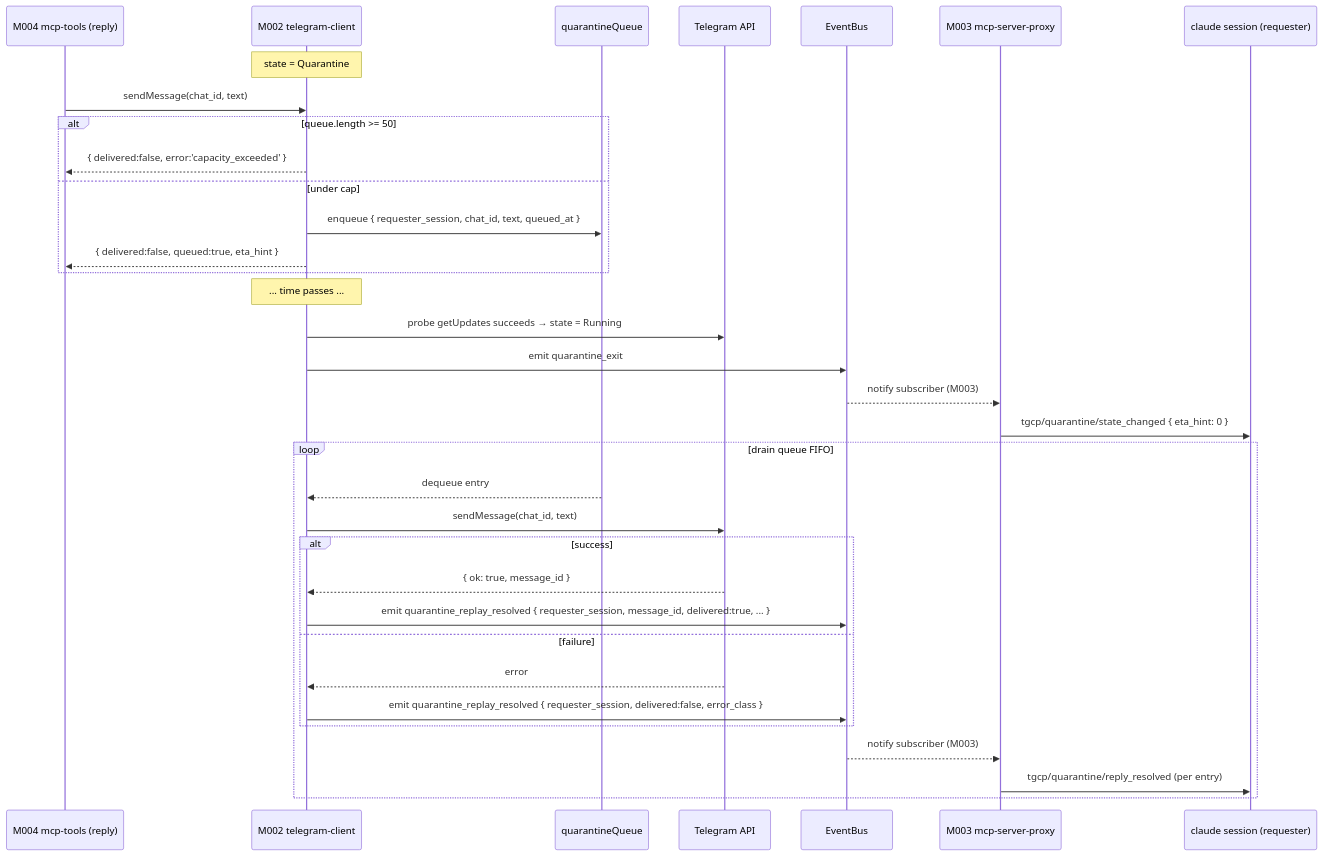
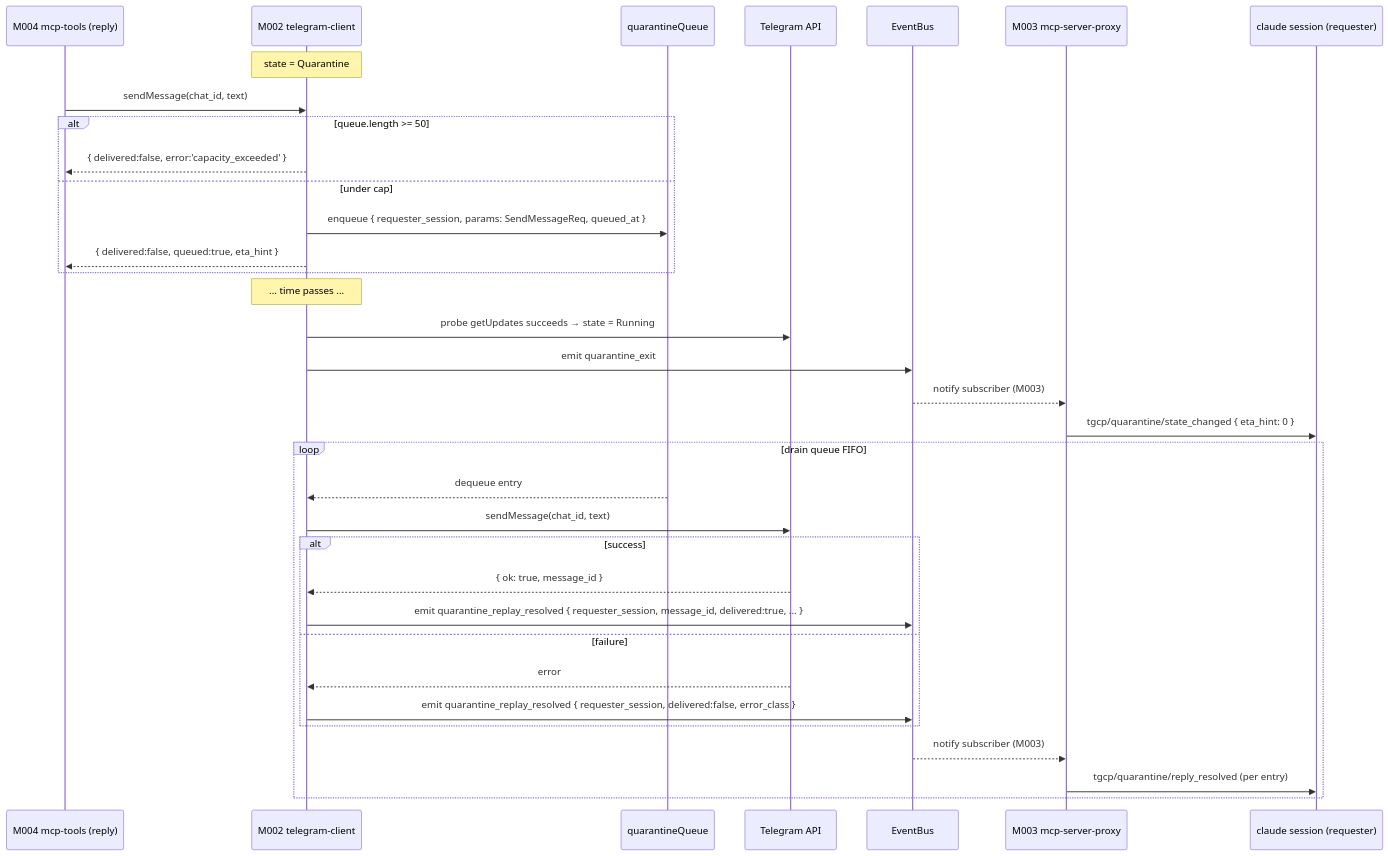
The third of 5 diagrams in docs/modules/MODULE-002-telegram-client.md (advancinggg/advance-kit), drawn with Mermaid before and after one commit. The commit also changed other lines of this file, not shown here.

Commit message:
dev(dev-advance-kit-20260521-0edfd84f): audit fix round 2
Doc drift (Claude doc eval): M002 §1.4.6 step 4 + §2.7 sequence diagram corrected — the
quarantine replay QueueEntry stores {requester_session, params: SendMessageReq, queued_at}
(full request deep-cloned for byte-equivalent replay), not the flattened {chat_id, text}
shape. Claude diff eval PASS (0 substantive, no contract drift). Codex evaluators returned
empty this round (transient); single-evaluator round per Sync Protocol rule 3.

REQ: REQ-035, REQ-037, REQ-047
AC: MODULE-002-AC-28, MODULE-002-AC-29, MODULE-002-AC-30, MODULE-004-AC-20, MODULE-004-AC-21, MODULE-004-AC-29, MODULE-005-AC-22, MODULE-005-AC-27

````diff
--- a/docs/modules/MODULE-002-telegram-client.md
+++ b/docs/modules/MODULE-002-telegram-client.md
@@ -608,37 +608,37 @@
 ```mermaid
 sequenceDiagram
     participant MT as M004 mcp-tools (reply)
     participant TC as M002 telegram-client
     participant Q as quarantineQueue
     participant TG as Telegram API
     participant EB as EventBus
     participant SP as M003 mcp-server-proxy
     participant CL as claude session (requester)
 
     Note over TC: state = Quarantine
     MT->>TC: sendMessage(chat_id, text)
     alt queue.length >= 50
         TC-->>MT: { delivered:false, error:'capacity_exceeded' }
     else under cap
-        TC->>Q: enqueue { requester_session, chat_id, text, queued_at }
+        TC->>Q: enqueue { requester_session, params: SendMessageReq, queued_at }
         TC-->>MT: { delivered:false, queued:true, eta_hint }
     end
     Note over TC: ... time passes ...
     TC->>TG: probe getUpdates succeeds → state = Running
     TC->>EB: emit quarantine_exit
     EB-->>SP: notify subscriber (M003)
     SP->>CL: tgcp/quarantine/state_changed { eta_hint: 0 }
     loop drain queue FIFO
         Q-->>TC: dequeue entry
         TC->>TG: sendMessage(chat_id, text)
         alt success
             TG-->>TC: { ok: true, message_id }
             TC->>EB: emit quarantine_replay_resolved { requester_session, message_id, delivered:true, ... }
         else failure
             TG-->>TC: error
             TC->>EB: emit quarantine_replay_resolved { requester_session, delivered:false, error_class }
         end
         EB-->>SP: notify subscriber (M003)
         SP->>CL: tgcp/quarantine/reply_resolved (per entry)
     end
 ```
````
